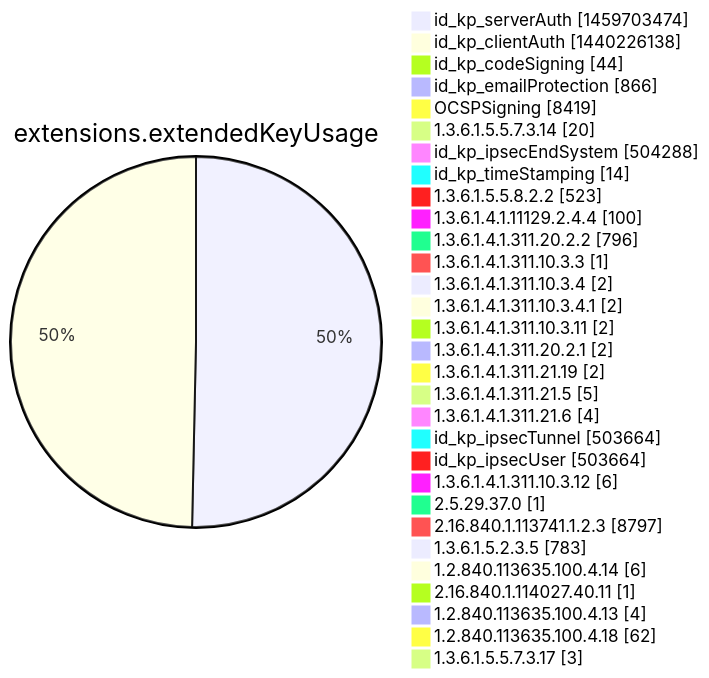
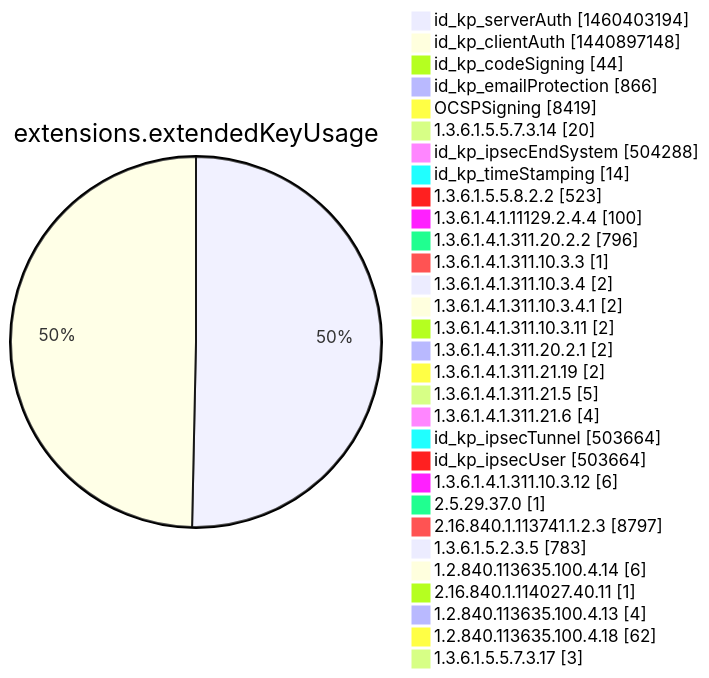
Diagram 12 of 15 in argon2022/README.md (christiankrug/ctmonitor_visualization), drawn with Mermaid before and after one commit. The commit also changed other lines of this file, not shown here.

````diff
--- a/argon2022/README.md
+++ b/argon2022/README.md
@@ -3555,34 +3555,34 @@
 ```mermaid
 pie showData
 title extensions.extendedKeyUsage
-"id_kp_serverAuth" :1459703474
-"id_kp_clientAuth" :1440226138
+"id_kp_serverAuth" :1460403194
+"id_kp_clientAuth" :1440897148
 "id_kp_codeSigning" :44
 "id_kp_emailProtection" :866
 "OCSPSigning" :8419
 "1.3.6.1.5.5.7.3.14" :20
 "id_kp_ipsecEndSystem" :504288
 "id_kp_timeStamping" :14
 "1.3.6.1.5.5.8.2.2" :523
 "1.3.6.1.4.1.11129.2.4.4" :100
 "1.3.6.1.4.1.311.20.2.2" :796
 "1.3.6.1.4.1.311.10.3.3" :1
 "1.3.6.1.4.1.311.10.3.4" :2
 "1.3.6.1.4.1.311.10.3.4.1" :2
 "1.3.6.1.4.1.311.10.3.11" :2
 "1.3.6.1.4.1.311.20.2.1" :2
 "1.3.6.1.4.1.311.21.19" :2
 "1.3.6.1.4.1.311.21.5" :5
 "1.3.6.1.4.1.311.21.6" :4
 "id_kp_ipsecTunnel" :503664
 "id_kp_ipsecUser" :503664
 "1.3.6.1.4.1.311.10.3.12" :6
 "2.5.29.37.0" :1
 "2.16.840.1.113741.1.2.3" :8797
 "1.3.6.1.5.2.3.5" :783
 "1.2.840.113635.100.4.14" :6
 "2.16.840.1.114027.40.11" :1
 "1.2.840.113635.100.4.13" :4
 "1.2.840.113635.100.4.18" :62
 "1.3.6.1.5.5.7.3.17" :3
 ```
````
